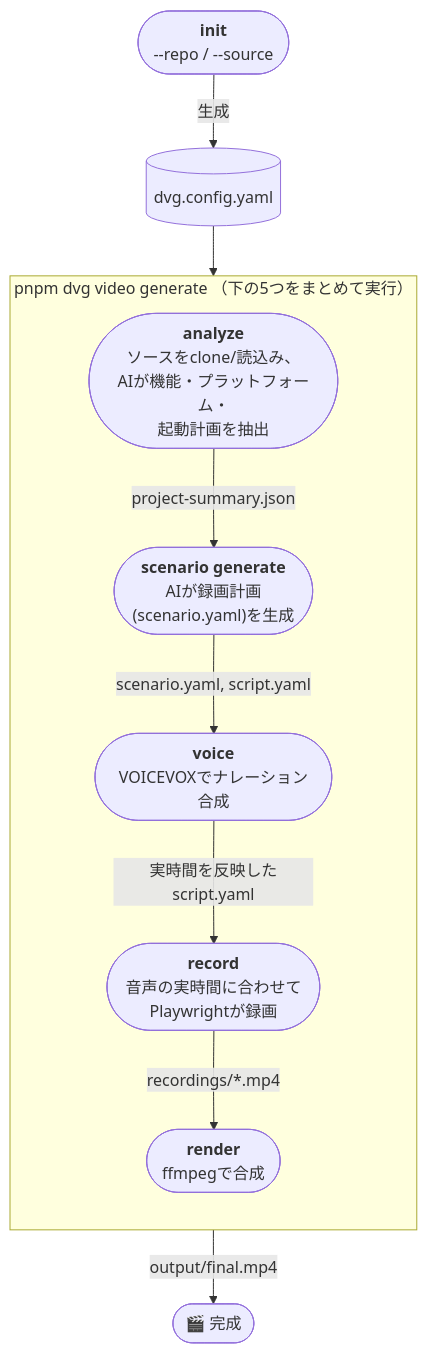
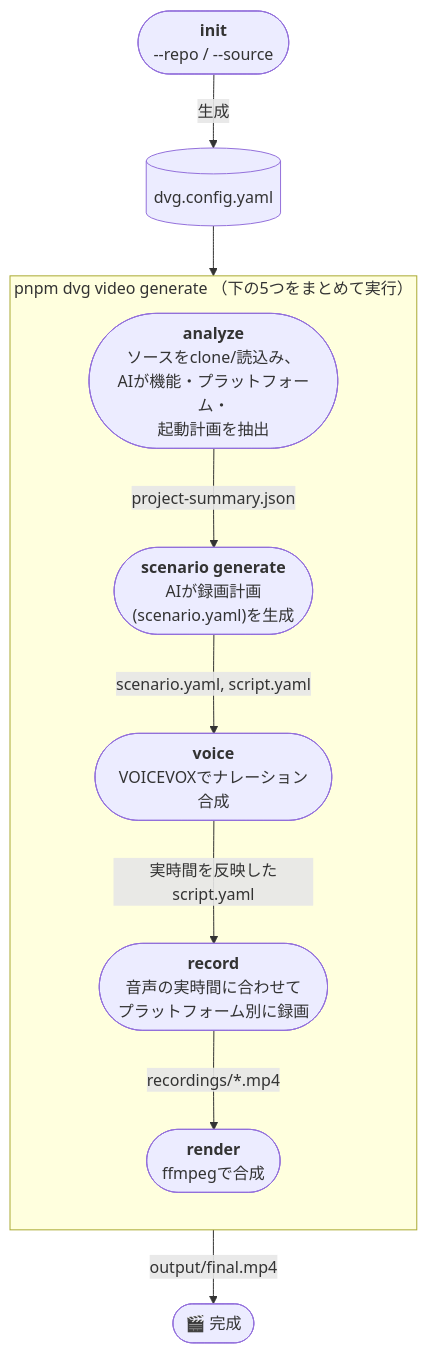
One commit to TakuKobayashi/auto-product-video-generator changed the diagram in README-ja.md. Above: the diagram before and after it, drawn with Mermaid. The commit also changed other lines of this file and 25 other files, not shown here.

````diff
--- a/README-ja.md
+++ b/README-ja.md
@@ -83,20 +104,20 @@
 ```mermaid
 flowchart TD
     init(["<b>init</b><br/>--repo / --source"]) -->|生成| cfg[(dvg.config.yaml)]
 
     subgraph build["pnpm dvg video generate （下の5つをまとめて実行）"]
         direction TB
         analyze(["<b>analyze</b><br/>ソースをclone/読込み、<br/>AIが機能・プラットフォーム・<br/>起動計画を抽出"])
         scenario(["<b>scenario generate</b><br/>AIが録画計画<br/>(scenario.yaml)を生成"])
         voice(["<b>voice</b><br/>VOICEVOXでナレーション合成"])
-        record(["<b>record</b><br/>音声の実時間に合わせて<br/>Playwrightが録画"])
+        record(["<b>record</b><br/>音声の実時間に合わせて<br/>プラットフォーム別に録画"])
         render(["<b>render</b><br/>ffmpegで合成"])
         analyze -->|project-summary.json| scenario
         scenario -->|scenario.yaml, script.yaml| voice
         voice -->|実時間を反映したscript.yaml| record
         record -->|recordings/*.mp4| render
     end
 
     cfg --> analyze
     render -->|output/final.mp4| done(["🎬 完成"])
 ```
````
